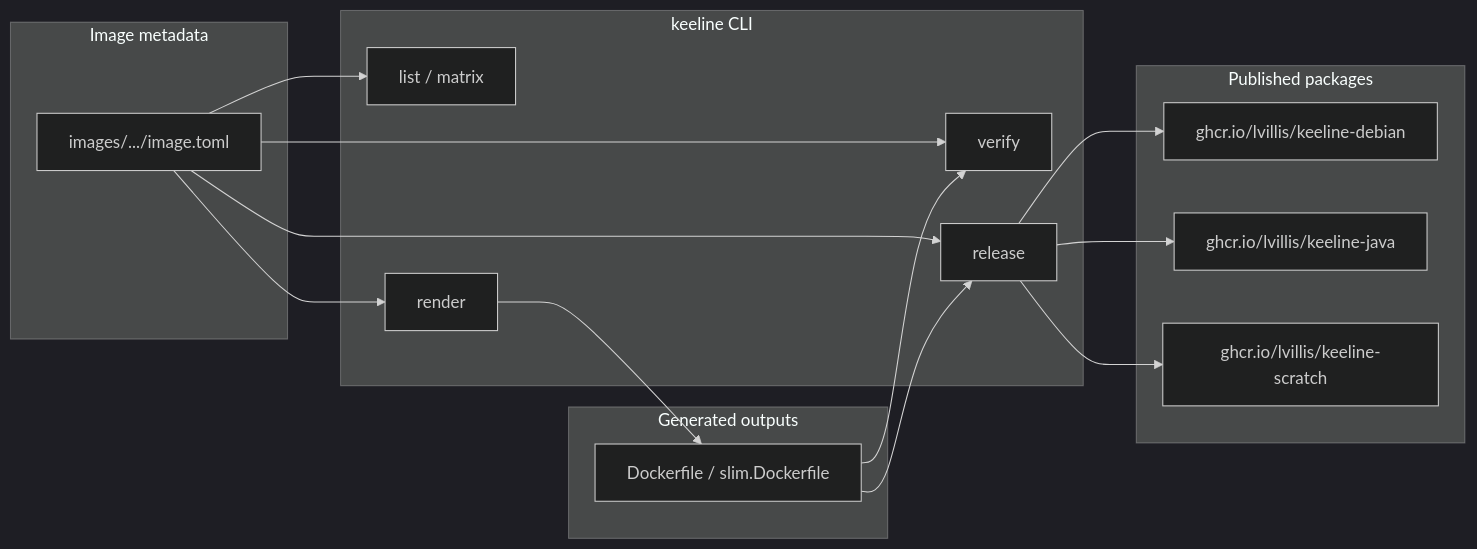
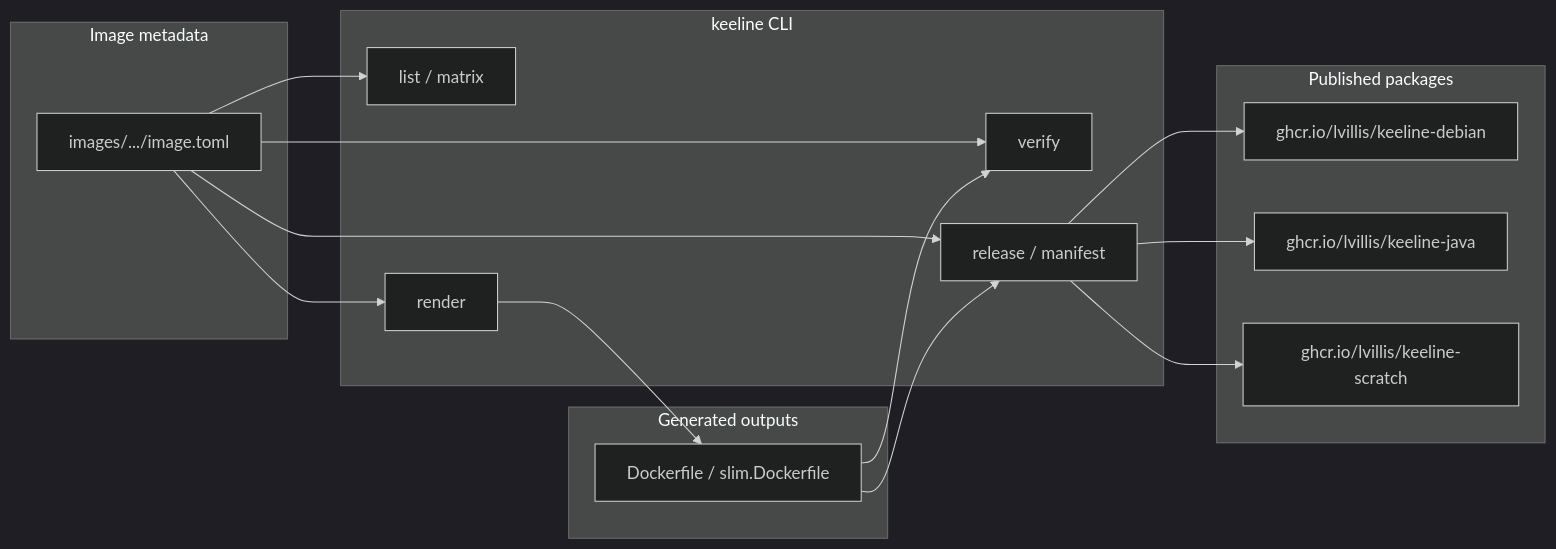
Before and after one commit to lvillis/keeline: the diagram in README.md, drawn with Mermaid (dark theme). The commit also changed 8 other files, not shown here.

````diff
--- a/README.md
+++ b/README.md
@@ -9,34 +9,34 @@
 ```mermaid
 flowchart LR
     subgraph Metadata["Image metadata"]
         A["images/.../image.toml"]
     end
 
     subgraph CLI["keeline CLI"]
         B["list / matrix"]
         C["render"]
         D["verify"]
-        E["release"]
+        E["release / manifest"]
     end
 
     subgraph Generated["Generated outputs"]
         F["Dockerfile / slim.Dockerfile"]
     end
 
     subgraph Registry["Published packages"]
         G["ghcr.io/lvillis/keeline-debian"]
         H["ghcr.io/lvillis/keeline-java"]
         I["ghcr.io/lvillis/keeline-scratch"]
     end
 
     A --> B
     A --> C
     A --> D
     C --> F
     A --> E
     F --> D
     F --> E
     E --> G
     E --> H
     E --> I
 ```
````
